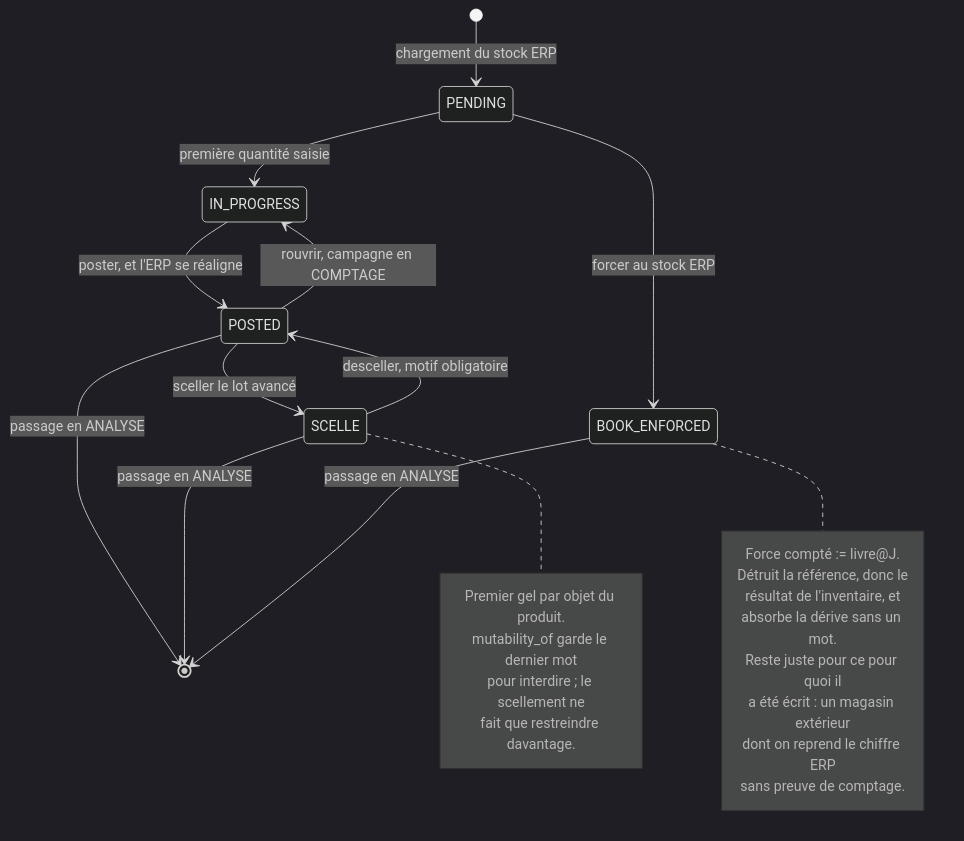
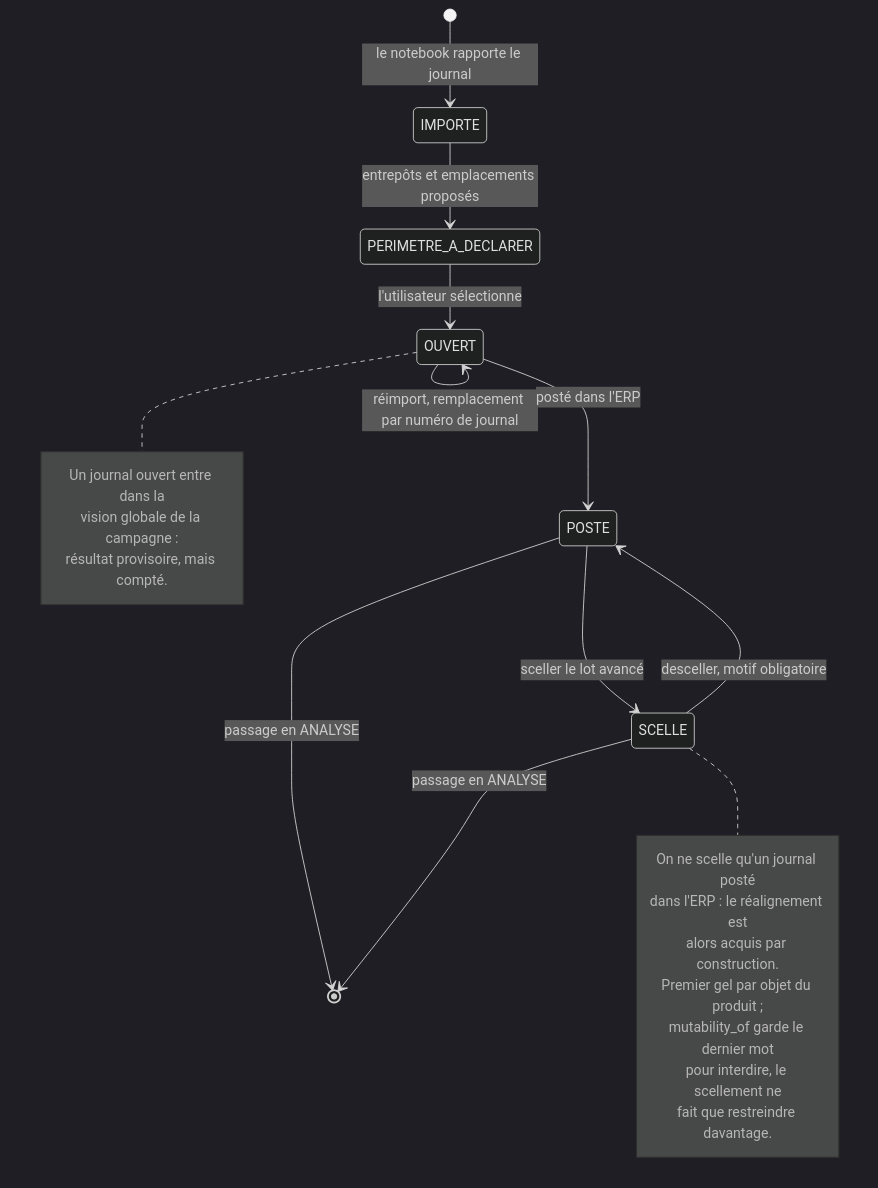
The ninth of 9 diagrams in docs/08-algorigrammes.md (yns11/DEV-INV-G), drawn with Mermaid (dark theme) before and after one commit. The commit also changed other lines of this file and 1 other file, not shown here.

First line of the commit message:
Comptages avancés : reprendre l'étude sur les journaux ERP réels

````diff
--- a/docs/08-algorigrammes.md
+++ b/docs/08-algorigrammes.md
@@ -371,34 +395,31 @@
 ```mermaid
 stateDiagram-v2
-    [*] --> PENDING : chargement du stock ERP
+    [*] --> IMPORTE : le notebook rapporte le journal
 
-    PENDING --> IN_PROGRESS : première quantité saisie
-    IN_PROGRESS --> POSTED : poster, et l'ERP se réaligne
-    POSTED --> IN_PROGRESS : rouvrir, campagne en COMPTAGE
-    PENDING --> BOOK_ENFORCED : forcer au stock ERP
+    IMPORTE --> PERIMETRE_A_DECLARER : entrepôts et emplacements proposés
+    PERIMETRE_A_DECLARER --> OUVERT : l'utilisateur sélectionne
 
-    POSTED --> SCELLE : sceller le lot avancé
-    SCELLE --> POSTED : desceller, motif obligatoire
+    OUVERT --> OUVERT : réimport, remplacement par numéro de journal
+    OUVERT --> POSTE : posté dans l'ERP
+    POSTE --> SCELLE : sceller le lot avancé
+    SCELLE --> POSTE : desceller, motif obligatoire
 
-    POSTED --> [*] : passage en ANALYSE
+    POSTE --> [*] : passage en ANALYSE
     SCELLE --> [*] : passage en ANALYSE
-    BOOK_ENFORCED --> [*] : passage en ANALYSE
+
+    note right of OUVERT
+        Un journal ouvert entre dans la
+        vision globale de la campagne :
+        résultat provisoire, mais compté.
+    end note
 
     note right of SCELLE
-        Premier gel par objet du produit.
+        On ne scelle qu'un journal posté
+        dans l'ERP : le réalignement est
+        alors acquis par construction.
+        Premier gel par objet du produit ;
         mutability_of garde le dernier mot
-        pour interdire ; le scellement ne
+        pour interdire, le scellement ne
         fait que restreindre davantage.
     end note
-
-    note right of BOOK_ENFORCED
-        Force compté := livre@J.
-        Détruit la référence, donc le
-        résultat de l'inventaire, et
-        absorbe la dérive sans un mot.
-        Reste juste pour ce pour quoi il
-        a été écrit : un magasin extérieur
-        dont on reprend le chiffre ERP
-        sans preuve de comptage.
-    end note
 ```
````
